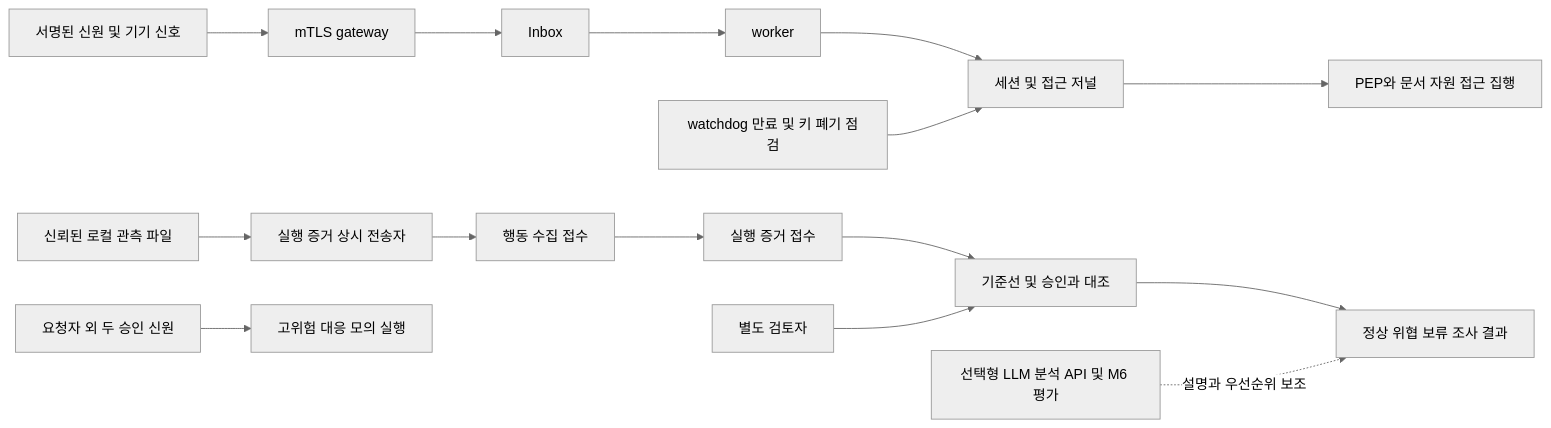
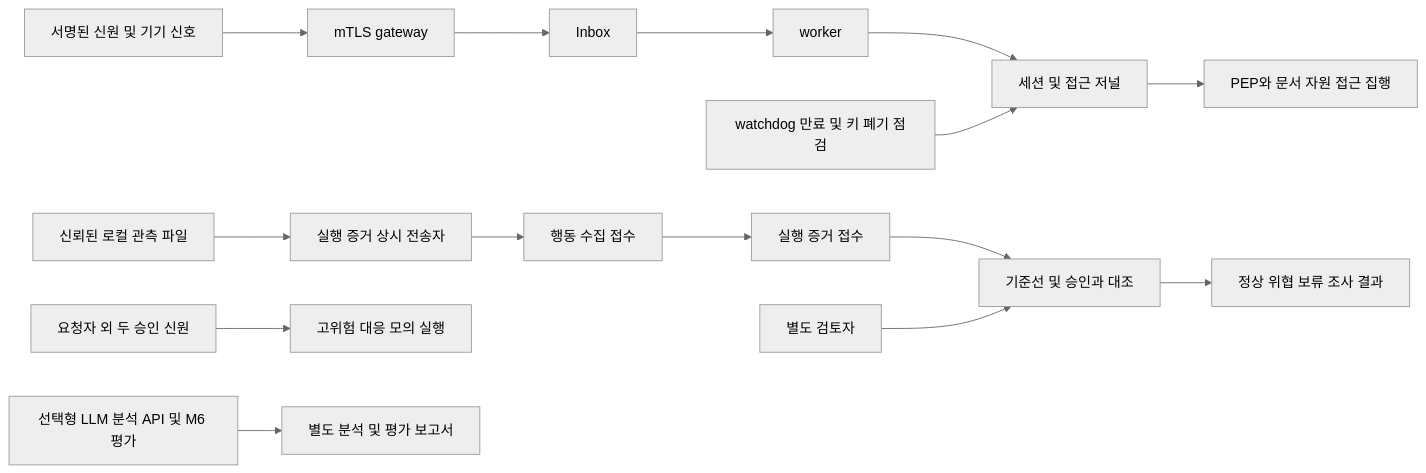
One commit to cheonan-asan-sta/zero-trust-llm-secops changed the diagram in docs/kim-final-acceptance-20261113.md. Above: the diagram before and after it, drawn with Mermaid (neutral theme). The commit also changed other lines of this file, not shown here.

Commit message:
Clarify separate LLM analysis path in the handoff diagram

````diff
--- a/docs/kim-final-acceptance-20261113.md
+++ b/docs/kim-final-acceptance-20261113.md
@@ -18,17 +18,17 @@
 ```mermaid
 flowchart LR
   S[서명된 신원 및 기기 신호] --> G[mTLS gateway]
   G --> I[Inbox]
   I --> W[worker]
   W --> P[세션 및 접근 저널]
   D[watchdog 만료 및 키 폐기 점검] --> P
   P --> E[PEP와 문서 자원 접근 집행]
   O[신뢰된 로컬 관측 파일] --> C[실행 증거 상시 전송자]
   C --> B[행동 수집 접수]
   B --> X[실행 증거 접수]
   X --> A[기준선 및 승인과 대조]
   A --> R[정상 위협 보류 조사 결과]
   H[별도 검토자] --> A
   Q[요청자 외 두 승인 신원] --> M[고위험 대응 모의 실행]
-  L[선택형 LLM 분석 API 및 M6 평가] -. 설명과 우선순위 보조 .-> R
+  L[선택형 LLM 분석 API 및 M6 평가] --> LR[별도 분석 및 평가 보고서]
 ```
````
